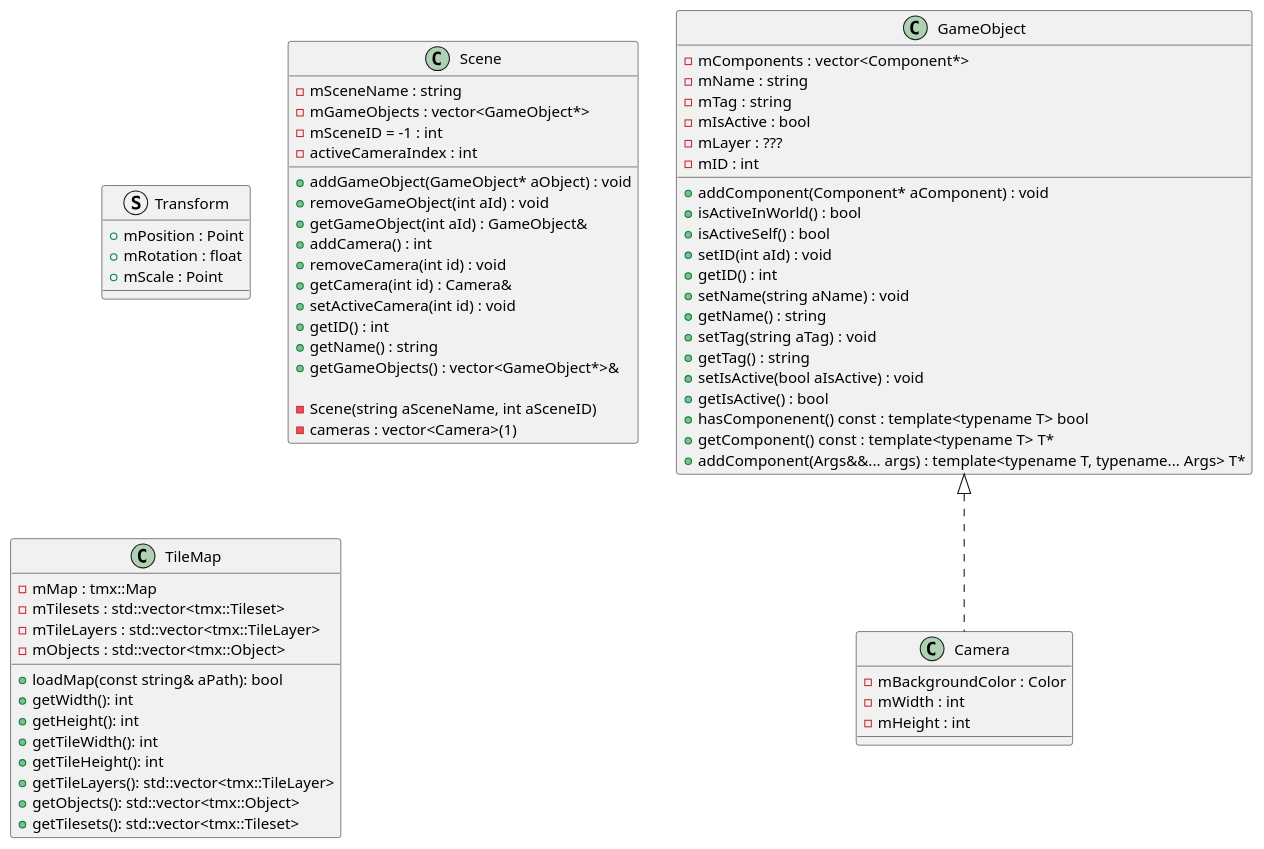
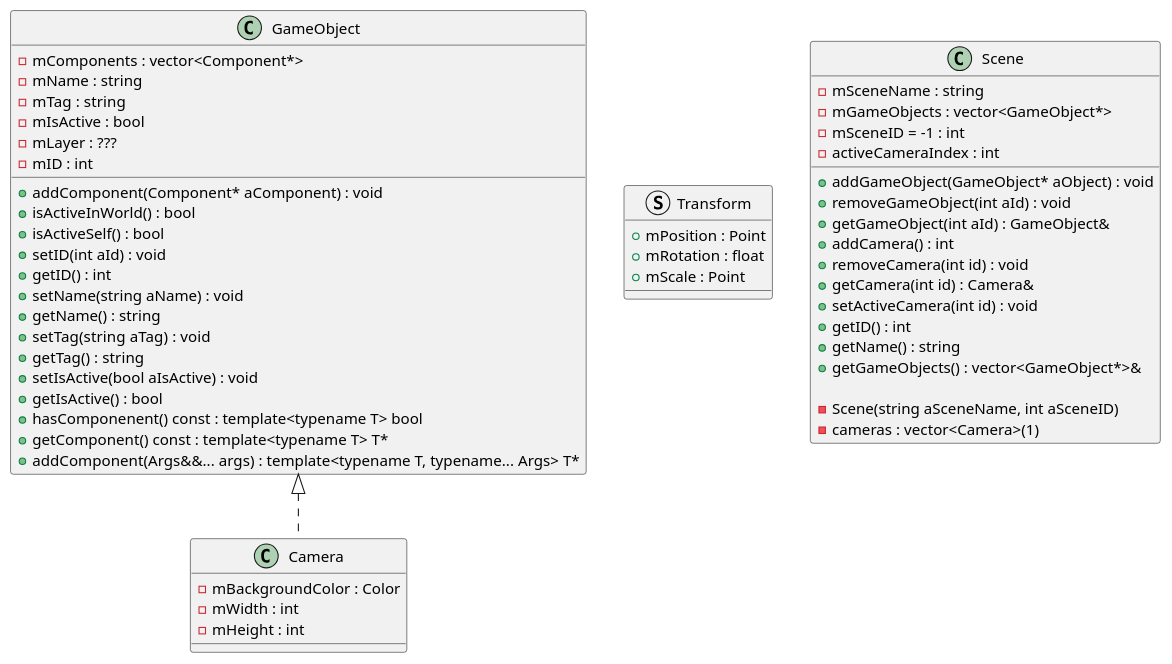
One commit to Seger01/GameEngine changed the diagram in docs/Diagrams/classDiagramPackages/misc.puml. Above: the diagram before and after it, drawn with PlantUML. The commit also changed 3 other files, not shown here.

Commit message:
updated tilemapparser class diagram and added ai classes

```diff
--- a/docs/Diagrams/classDiagramPackages/misc.puml
+++ b/docs/Diagrams/classDiagramPackages/misc.puml
@@ -1,76 +1,60 @@
 @startuml miscClassDiagram
 class GameObject{
     + addComponent(Component* aComponent) : void
     + isActiveInWorld() : bool
     + isActiveSelf() : bool
     + setID(int aId) : void
     + getID() : int
     + setName(string aName) : void
     + getName() : string
     + setTag(string aTag) : void
     + getTag() : string
     + setIsActive(bool aIsActive) : void
     + getIsActive() : bool
     + hasComponenent() const : template<typename T> bool
     + getComponent() const : template<typename T> T*
     + addComponent(Args&&... args) : template<typename T, typename... Args> T*
 
     - mComponents : vector<Component*>
     - mName : string
     - mTag : string
     - mIsActive : bool
     - mLayer : ???
     - mID : int
 }
 
 struct Transform{
     + mPosition : Point
     + mRotation : float
     + mScale : Point
 }
 
 class Scene {
     + addGameObject(GameObject* aObject) : void
     + removeGameObject(int aId) : void
     + getGameObject(int aId) : GameObject&
     + addCamera() : int
     + removeCamera(int id) : void
     + getCamera(int id) : Camera&
     + setActiveCamera(int id) : void
     + getID() : int
     + getName() : string
     + getGameObjects() : vector<GameObject*>& 
 
     - Scene(string aSceneName, int aSceneID)
     - mSceneName : string
     - mGameObjects : vector<GameObject*>
     - mSceneID = -1 : int
     - activeCameraIndex : int
     - cameras : vector<Camera>(1)
 }
 
 class Camera implements GameObject{
     - mBackgroundColor : Color
     ' Width and Height are rendered area in Game Units
     - mWidth : int
     - mHeight : int
 
 }
 
-class TileMap {
-    + loadMap(const string& aPath): bool
-    + getWidth(): int
-    + getHeight(): int
-    + getTileWidth(): int
-    + getTileHeight(): int
-    + getTileLayers(): std::vector<tmx::TileLayer>
-    + getObjects(): std::vector<tmx::Object>
-    + getTilesets(): std::vector<tmx::Tileset>
-
-    - mMap : tmx::Map
-    - mTilesets : std::vector<tmx::Tileset>
-    - mTileLayers : std::vector<tmx::TileLayer>
-    - mObjects : std::vector<tmx::Object>
-}
-
 @enduml
```
